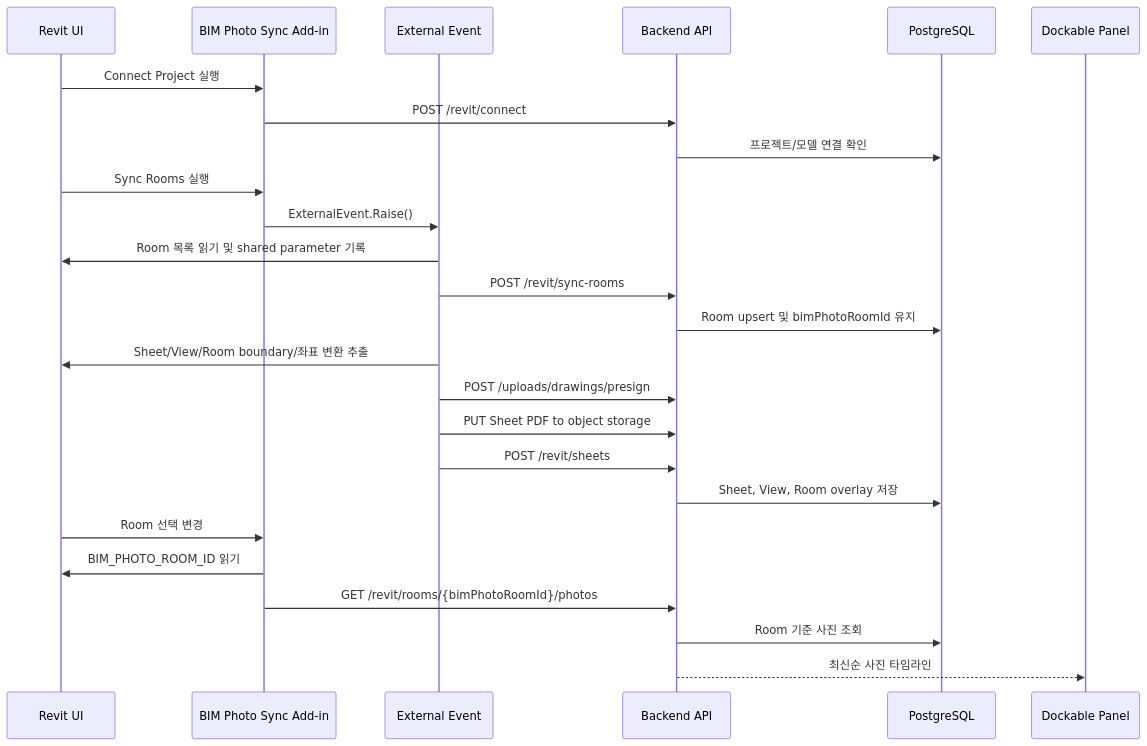
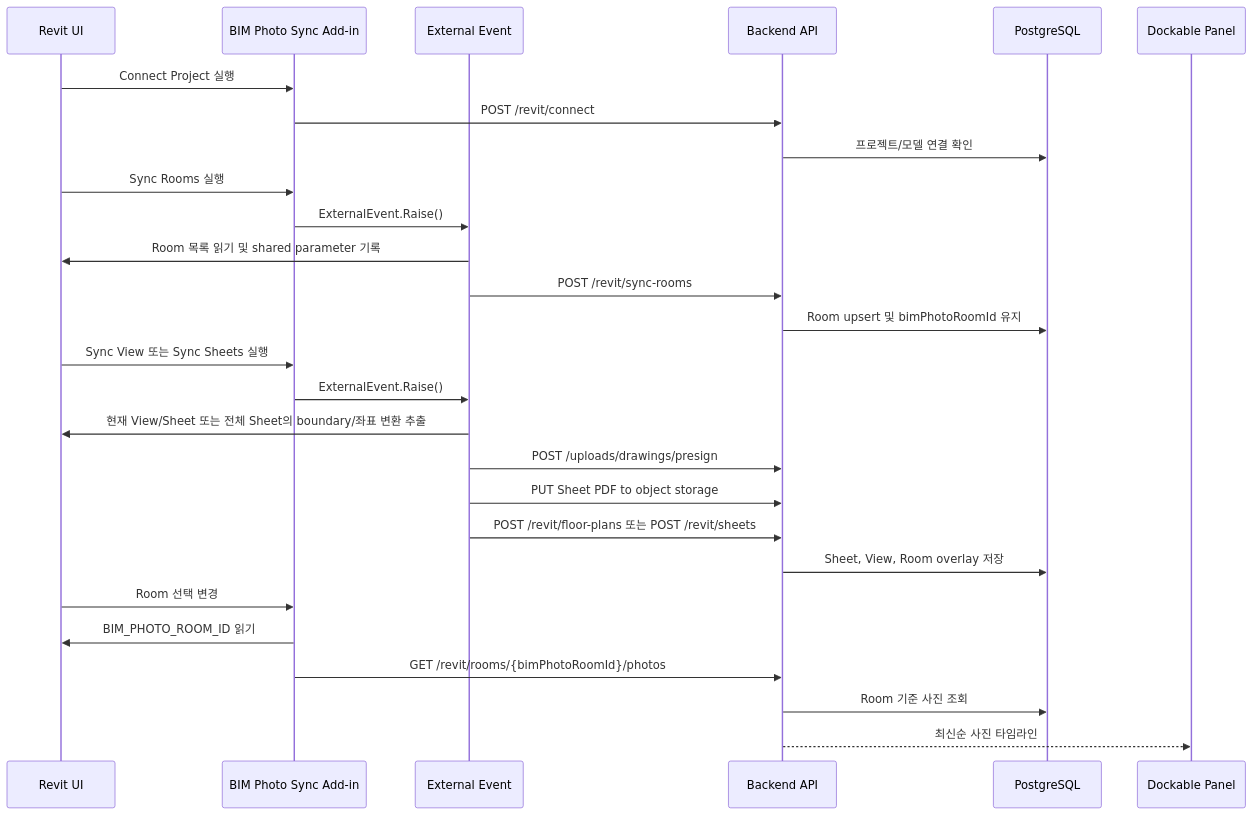
Before and after one commit to KHSOL/BIMPhotoSync: the fourth of 5 diagrams in README.md, drawn with Mermaid. The commit also changed other lines of this file and 10 other files, not shown here.

Commit message:
Fix Revit project-scoped room sync (#9)

````diff
--- a/README.md
+++ b/README.md
@@ -115,28 +115,30 @@
 ```mermaid
 sequenceDiagram
   participant Revit as Revit UI
   participant Addin as BIM Photo Sync Add-in
   participant Event as External Event
   participant API as Backend API
   participant DB as PostgreSQL
   participant Panel as Dockable Panel
 
   Revit->>Addin: Connect Project 실행
   Addin->>API: POST /revit/connect
   API->>DB: 프로젝트/모델 연결 확인
   Revit->>Addin: Sync Rooms 실행
   Addin->>Event: ExternalEvent.Raise()
   Event->>Revit: Room 목록 읽기 및 shared parameter 기록
   Event->>API: POST /revit/sync-rooms
   API->>DB: Room upsert 및 bimPhotoRoomId 유지
-  Event->>Revit: Sheet/View/Room boundary/좌표 변환 추출
+  Revit->>Addin: Sync View 또는 Sync Sheets 실행
+  Addin->>Event: ExternalEvent.Raise()
+  Event->>Revit: 현재 View/Sheet 또는 전체 Sheet의 boundary/좌표 변환 추출
   Event->>API: POST /uploads/drawings/presign
   Event->>API: PUT Sheet PDF to object storage
-  Event->>API: POST /revit/sheets
+  Event->>API: POST /revit/floor-plans 또는 POST /revit/sheets
   API->>DB: Sheet, View, Room overlay 저장
   Revit->>Addin: Room 선택 변경
   Addin->>Revit: BIM_PHOTO_ROOM_ID 읽기
   Addin->>API: GET /revit/rooms/{bimPhotoRoomId}/photos
   API->>DB: Room 기준 사진 조회
   API-->>Panel: 최신순 사진 타임라인
 ```
````
